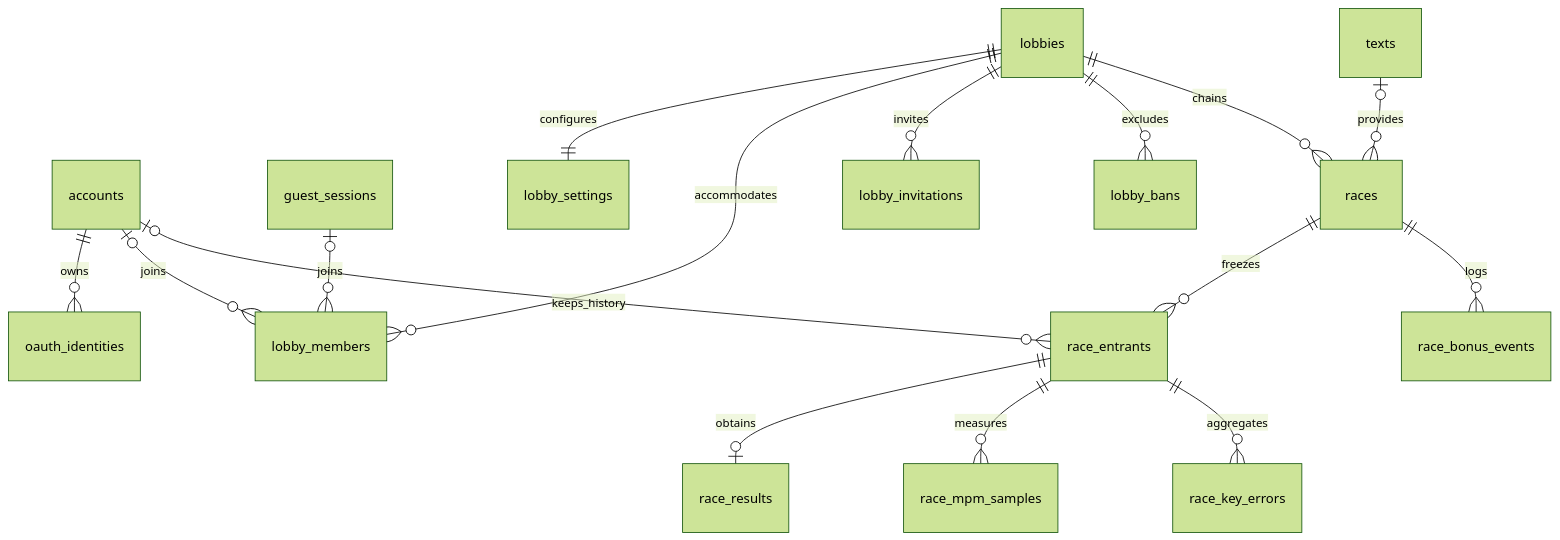
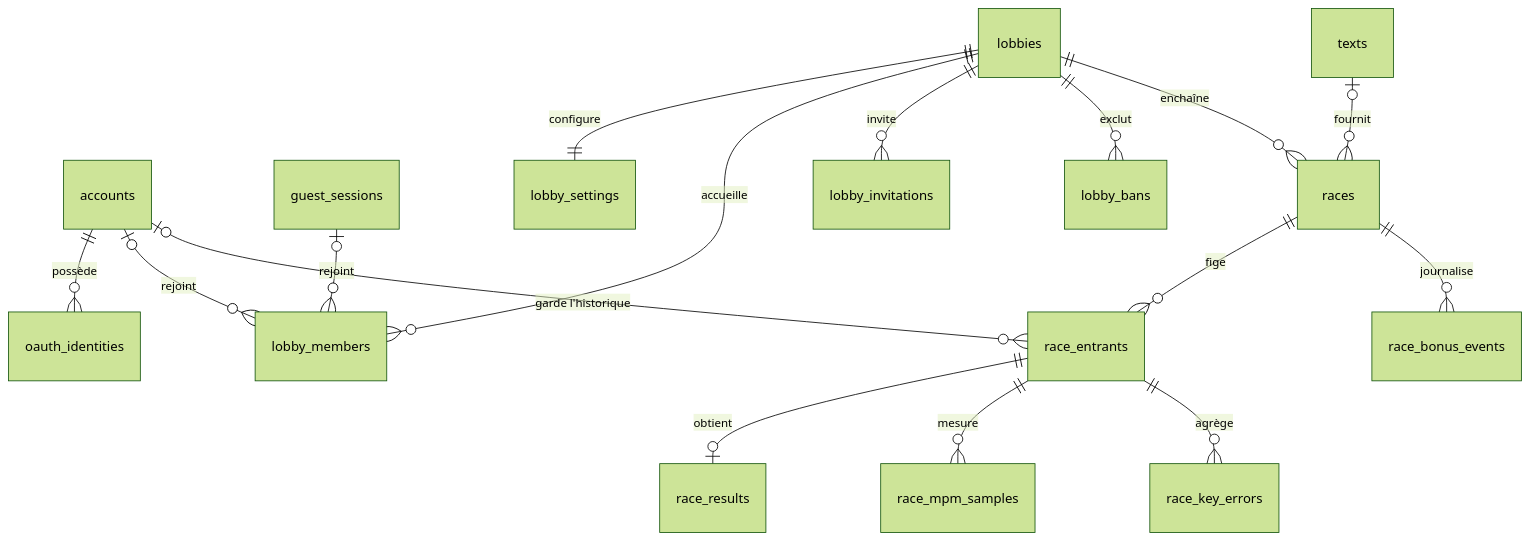
The second of 4 diagrams in docs/ARCHITECTURE.md (PhilJordan18/incision), drawn with Mermaid (forest theme) before and after one commit. The commit also changed other lines of this file and 8 other files, not shown here.

````diff
--- a/docs/ARCHITECTURE.md
+++ b/docs/ARCHITECTURE.md
@@ -65,18 +65,18 @@
 ```mermaid
 erDiagram
-  accounts ||--o{ oauth_identities : owns
-  accounts o|--o{ lobby_members : joins
-  guest_sessions o|--o{ lobby_members : joins
-  lobbies ||--|| lobby_settings : configures
-  lobbies ||--o{ lobby_members : accommodates
-  lobbies ||--o{ lobby_invitations : invites
-  lobbies ||--o{ lobby_bans : excludes
-  lobbies ||--o{ races : chains
-  texts o|--o{ races : provides
-  races ||--o{ race_entrants : freezes
-  accounts o|--o{ race_entrants : keeps_history
-  race_entrants ||--o| race_results : obtains
-  race_entrants ||--o{ race_mpm_samples : measures
-  race_entrants ||--o{ race_key_errors : aggregates
-  races ||--o{ race_bonus_events : logs
+  accounts ||--o{ oauth_identities : "possède"
+  accounts o|--o{ lobby_members : "rejoint"
+  guest_sessions o|--o{ lobby_members : "rejoint"
+  lobbies ||--|| lobby_settings : "configure"
+  lobbies ||--o{ lobby_members : "accueille"
+  lobbies ||--o{ lobby_invitations : "invite"
+  lobbies ||--o{ lobby_bans : "exclut"
+  lobbies ||--o{ races : "enchaîne"
+  texts o|--o{ races : "fournit"
+  races ||--o{ race_entrants : "fige"
+  accounts o|--o{ race_entrants : "garde l'historique"
+  race_entrants ||--o| race_results : "obtient"
+  race_entrants ||--o{ race_mpm_samples : "mesure"
+  race_entrants ||--o{ race_key_errors : "agrège"
+  races ||--o{ race_bonus_events : "journalise"
 ```
````
